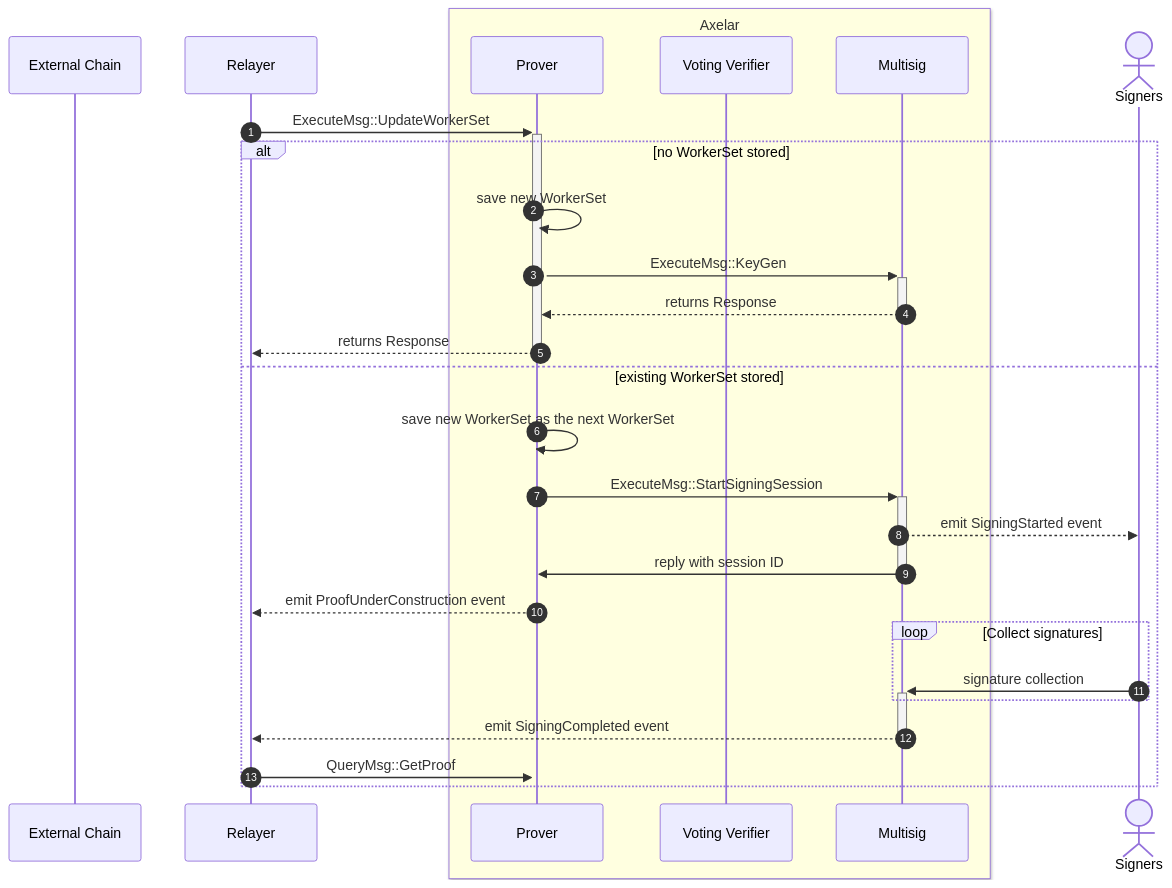
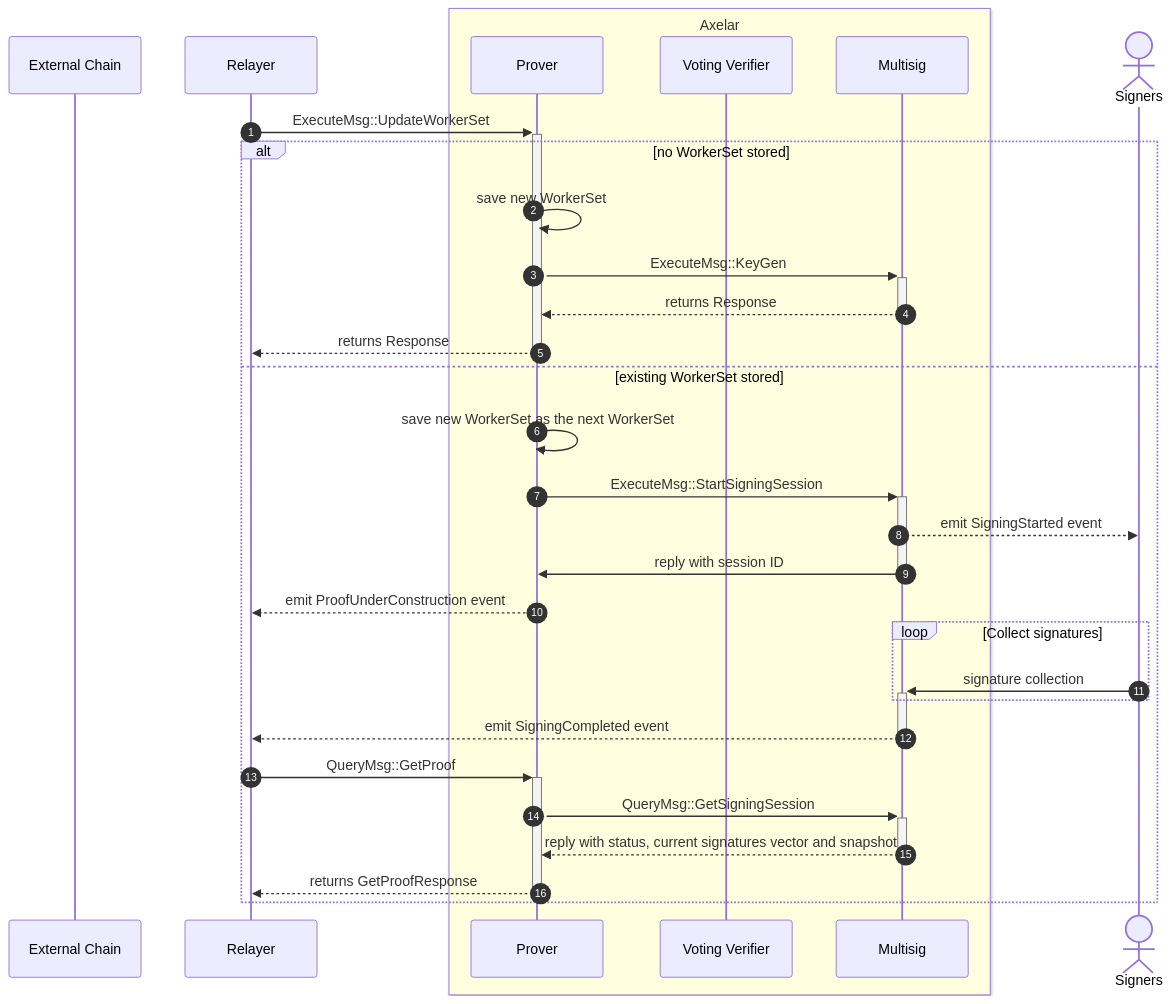
One commit to axelarnetwork/axelar-amplifier changed the third of 3 diagrams in doc/src/contracts/multisig_prover.md. Above: the diagram before and after it, drawn with Mermaid.

Commit message:
WHERE ARE U ERROR?!?

````diff
--- a/doc/src/contracts/multisig_prover.md
+++ b/doc/src/contracts/multisig_prover.md
@@ -82,30 +82,33 @@
 ```mermaid
 sequenceDiagram
 autonumber
 participant External Chain
 participant Relayer
 box LightYellow Axelar
 participant Prover
 participant Voting Verifier
 participant Multisig
 end
 actor Signers
 Relayer->>+Prover: ExecuteMsg::UpdateWorkerSet
 alt no WorkerSet stored
   Prover->>Prover: save new WorkerSet
   Prover->>+Multisig: ExecuteMsg::KeyGen
   Multisig-->>-Prover: returns Response
   Prover-->>-Relayer: returns Response
 else existing WorkerSet stored
   Prover->>Prover: save new WorkerSet as the next WorkerSet
   Prover->>+Multisig: ExecuteMsg::StartSigningSession
   Multisig-->>Signers: emit SigningStarted event
   Multisig->>-Prover: reply with session ID
   Prover-->>Relayer: emit ProofUnderConstruction event
   loop Collect signatures
 	  Signers->>+Multisig: signature collection
   end
   Multisig-->>-Relayer: emit SigningCompleted event
   Relayer->>+Prover: QueryMsg::GetProof
+  Prover->>+Multisig: QueryMsg::GetSigningSession
+  Multisig-->>-Prover: reply with status, current signatures vector and snapshot
+  Prover-->>-Relayer: returns GetProofResponse
 end
 ```
````
